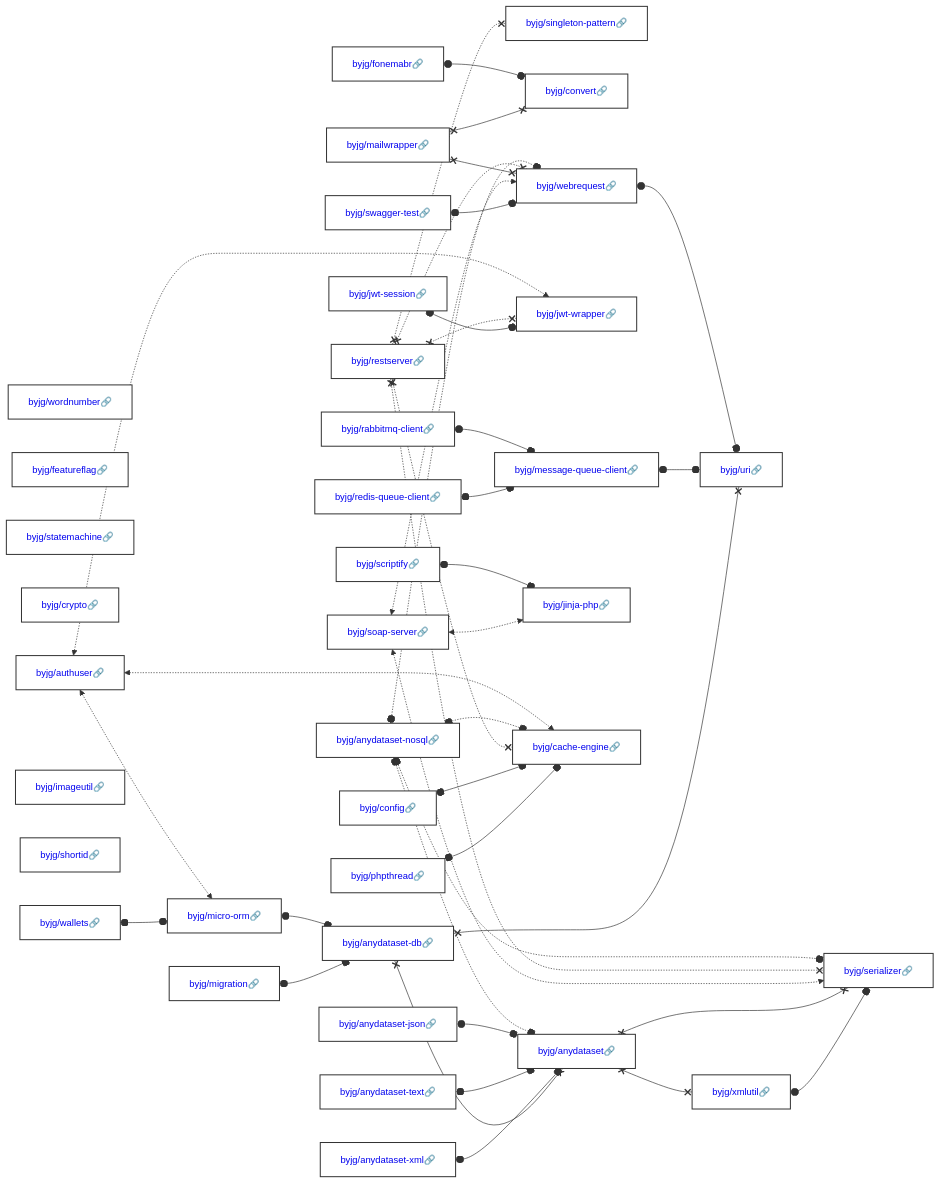
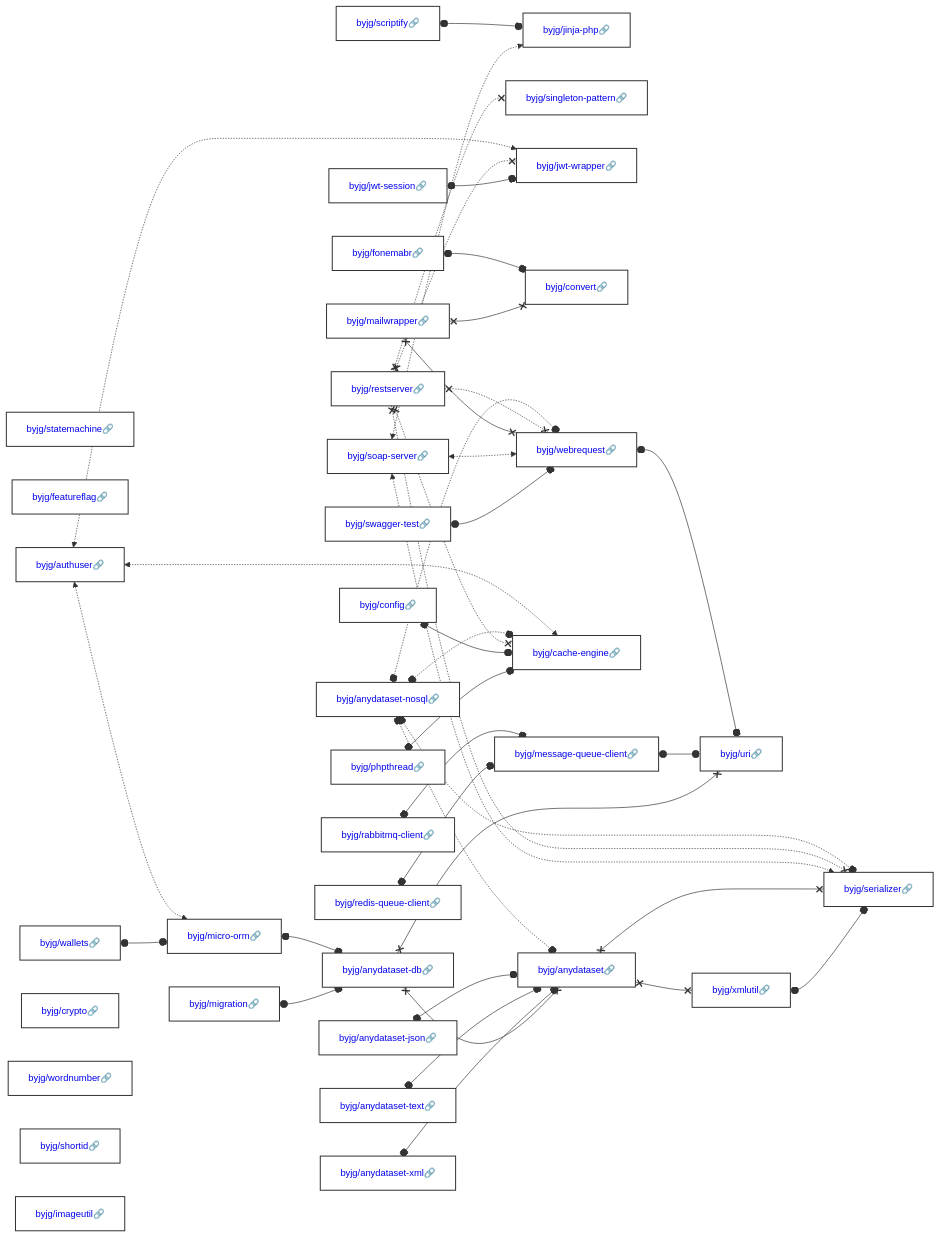
Before and after one commit to byjg/byjg.github.io: the diagram in docs/php/README.md, drawn with Mermaid. The commit also changed other lines of this file, not shown here.

Commit message:
Update documentation 'php' 'php-rest-reference-architecture'

````diff
--- a/docs/php/README.md
+++ b/docs/php/README.md
@@ -3,37 +3,37 @@
 ```mermaid
 graph LR;
+  byjg/statemachine[<a href='https://opensource.byjg.com/docs/php/statemachine' style='text-decoration:none'>byjg/statemachine🔗</a>];
+  byjg/soap-server[<a href='https://opensource.byjg.com/docs/php/soap-server' style='text-decoration:none'>byjg/soap-server🔗</a>];
+  byjg/anydataset-text[<a href='https://opensource.byjg.com/docs/php/anydataset-text' style='text-decoration:none'>byjg/anydataset-text🔗</a>];
+  byjg/anydataset-nosql[<a href='https://opensource.byjg.com/docs/php/anydataset-nosql' style='text-decoration:none'>byjg/anydataset-nosql🔗</a>];
+  byjg/featureflag[<a href='https://opensource.byjg.com/docs/php/featureflag' style='text-decoration:none'>byjg/featureflag🔗</a>];
+  byjg/authuser[<a href='https://opensource.byjg.com/docs/php/authuser' style='text-decoration:none'>byjg/authuser🔗</a>];
+  byjg/wallets[<a href='https://opensource.byjg.com/docs/php/wallets' style='text-decoration:none'>byjg/wallets🔗</a>];
+  byjg/crypto[<a href='https://opensource.byjg.com/docs/php/crypto' style='text-decoration:none'>byjg/crypto🔗</a>];
+  byjg/jwt-session[<a href='https://opensource.byjg.com/docs/php/jwt-session' style='text-decoration:none'>byjg/jwt-session🔗</a>];
+  byjg/scriptify[<a href='https://opensource.byjg.com/docs/php/scriptify' style='text-decoration:none'>byjg/scriptify🔗</a>];
+  byjg/rabbitmq-client[<a href='https://opensource.byjg.com/docs/php/rabbitmq-client' style='text-decoration:none'>byjg/rabbitmq-client🔗</a>];
+  byjg/wordnumber[<a href='https://opensource.byjg.com/docs/php/wordnumber' style='text-decoration:none'>byjg/wordnumber🔗</a>];
+  byjg/fonemabr[<a href='https://opensource.byjg.com/docs/php/fonemabr' style='text-decoration:none'>byjg/fonemabr🔗</a>];
+  byjg/shortid[<a href='https://opensource.byjg.com/docs/php/shortid' style='text-decoration:none'>byjg/shortid🔗</a>];
+  byjg/anydataset-xml[<a href='https://opensource.byjg.com/docs/php/anydataset-xml' style='text-decoration:none'>byjg/anydataset-xml🔗</a>];
+  byjg/anydataset-json[<a href='https://opensource.byjg.com/docs/php/anydataset-json' style='text-decoration:none'>byjg/anydataset-json🔗</a>];
+  byjg/swagger-test[<a href='https://opensource.byjg.com/docs/php/swagger-test' style='text-decoration:none'>byjg/swagger-test🔗</a>];
   byjg/restserver[<a href='https://opensource.byjg.com/docs/php/restserver' style='text-decoration:none'>byjg/restserver🔗</a>];
-  byjg/fonemabr[<a href='https://opensource.byjg.com/docs/php/fonemabr' style='text-decoration:none'>byjg/fonemabr🔗</a>];
-  byjg/soap-server[<a href='https://opensource.byjg.com/docs/php/soap-server' style='text-decoration:none'>byjg/soap-server🔗</a>];
-  byjg/swagger-test[<a href='https://opensource.byjg.com/docs/php/swagger-test' style='text-decoration:none'>byjg/swagger-test🔗</a>];
-  byjg/anydataset-nosql[<a href='https://opensource.byjg.com/docs/php/anydataset-nosql' style='text-decoration:none'>byjg/anydataset-nosql🔗</a>];
+  byjg/imageutil[<a href='https://opensource.byjg.com/docs/php/imageutil' style='text-decoration:none'>byjg/imageutil🔗</a>];
+  byjg/mailwrapper[<a href='https://opensource.byjg.com/docs/php/mailwrapper' style='text-decoration:none'>byjg/mailwrapper🔗</a>];
   byjg/migration[<a href='https://opensource.byjg.com/docs/php/migration' style='text-decoration:none'>byjg/migration🔗</a>];
-  byjg/mailwrapper[<a href='https://opensource.byjg.com/docs/php/mailwrapper' style='text-decoration:none'>byjg/mailwrapper🔗</a>];
-  byjg/jwt-session[<a href='https://opensource.byjg.com/docs/php/jwt-session' style='text-decoration:none'>byjg/jwt-session🔗</a>];
-  byjg/wordnumber[<a href='https://opensource.byjg.com/docs/php/wordnumber' style='text-decoration:none'>byjg/wordnumber🔗</a>];
-  byjg/anydataset-text[<a href='https://opensource.byjg.com/docs/php/anydataset-text' style='text-decoration:none'>byjg/anydataset-text🔗</a>];
-  byjg/featureflag[<a href='https://opensource.byjg.com/docs/php/featureflag' style='text-decoration:none'>byjg/featureflag🔗</a>];
-  byjg/statemachine[<a href='https://opensource.byjg.com/docs/php/statemachine' style='text-decoration:none'>byjg/statemachine🔗</a>];
   byjg/config[<a href='https://opensource.byjg.com/docs/php/config' style='text-decoration:none'>byjg/config🔗</a>];
-  byjg/anydataset-json[<a href='https://opensource.byjg.com/docs/php/anydataset-json' style='text-decoration:none'>byjg/anydataset-json🔗</a>];
-  byjg/crypto[<a href='https://opensource.byjg.com/docs/php/crypto' style='text-decoration:none'>byjg/crypto🔗</a>];
-  byjg/authuser[<a href='https://opensource.byjg.com/docs/php/authuser' style='text-decoration:none'>byjg/authuser🔗</a>];
-  byjg/imageutil[<a href='https://opensource.byjg.com/docs/php/imageutil' style='text-decoration:none'>byjg/imageutil🔗</a>];
-  byjg/rabbitmq-client[<a href='https://opensource.byjg.com/docs/php/rabbitmq-client' style='text-decoration:none'>byjg/rabbitmq-client🔗</a>];
+  byjg/phpthread[<a href='https://opensource.byjg.com/docs/php/phpthread' style='text-decoration:none'>byjg/phpthread🔗</a>];
   byjg/redis-queue-client[<a href='https://opensource.byjg.com/docs/php/redis-queue-client' style='text-decoration:none'>byjg/redis-queue-client🔗</a>];
-  byjg/scriptify[<a href='https://opensource.byjg.com/docs/php/scriptify' style='text-decoration:none'>byjg/scriptify🔗</a>];
-  byjg/shortid[<a href='https://opensource.byjg.com/docs/php/shortid' style='text-decoration:none'>byjg/shortid🔗</a>];
-  byjg/phpthread[<a href='https://opensource.byjg.com/docs/php/phpthread' style='text-decoration:none'>byjg/phpthread🔗</a>];
-  byjg/wallets[<a href='https://opensource.byjg.com/docs/php/wallets' style='text-decoration:none'>byjg/wallets🔗</a>];
-  byjg/anydataset-xml[<a href='https://opensource.byjg.com/docs/php/anydataset-xml' style='text-decoration:none'>byjg/anydataset-xml🔗</a>];
+  byjg/micro-orm[<a href='https://opensource.byjg.com/docs/php/micro-orm' style='text-decoration:none'>byjg/micro-orm🔗</a>];
+  byjg/jinja-php[<a href='https://opensource.byjg.com/docs/php/jinja-php' style='text-decoration:none'>byjg/jinja-php🔗</a>];
   byjg/singleton-pattern[<a href='https://opensource.byjg.com/docs/php/singleton-pattern' style='text-decoration:none'>byjg/singleton-pattern🔗</a>];
+  byjg/jwt-wrapper[<a href='https://opensource.byjg.com/docs/php/jwt-wrapper' style='text-decoration:none'>byjg/jwt-wrapper🔗</a>];
   byjg/convert[<a href='https://opensource.byjg.com/docs/php/convert' style='text-decoration:none'>byjg/convert🔗</a>];
   byjg/webrequest[<a href='https://opensource.byjg.com/docs/php/webrequest' style='text-decoration:none'>byjg/webrequest🔗</a>];
-  byjg/jwt-wrapper[<a href='https://opensource.byjg.com/docs/php/jwt-wrapper' style='text-decoration:none'>byjg/jwt-wrapper🔗</a>];
+  byjg/cache-engine[<a href='https://opensource.byjg.com/docs/php/cache-engine' style='text-decoration:none'>byjg/cache-engine🔗</a>];
   byjg/message-queue-client[<a href='https://opensource.byjg.com/docs/php/message-queue-client' style='text-decoration:none'>byjg/message-queue-client🔗</a>];
-  byjg/jinja-php[<a href='https://opensource.byjg.com/docs/php/jinja-php' style='text-decoration:none'>byjg/jinja-php🔗</a>];
-  byjg/cache-engine[<a href='https://opensource.byjg.com/docs/php/cache-engine' style='text-decoration:none'>byjg/cache-engine🔗</a>];
-  byjg/micro-orm[<a href='https://opensource.byjg.com/docs/php/micro-orm' style='text-decoration:none'>byjg/micro-orm🔗</a>];
   byjg/anydataset-db[<a href='https://opensource.byjg.com/docs/php/anydataset-db' style='text-decoration:none'>byjg/anydataset-db🔗</a>];
   byjg/anydataset[<a href='https://opensource.byjg.com/docs/php/anydataset' style='text-decoration:none'>byjg/anydataset🔗</a>];
   byjg/uri[<a href='https://opensource.byjg.com/docs/php/uri' style='text-decoration:none'>byjg/uri🔗</a>];
````
